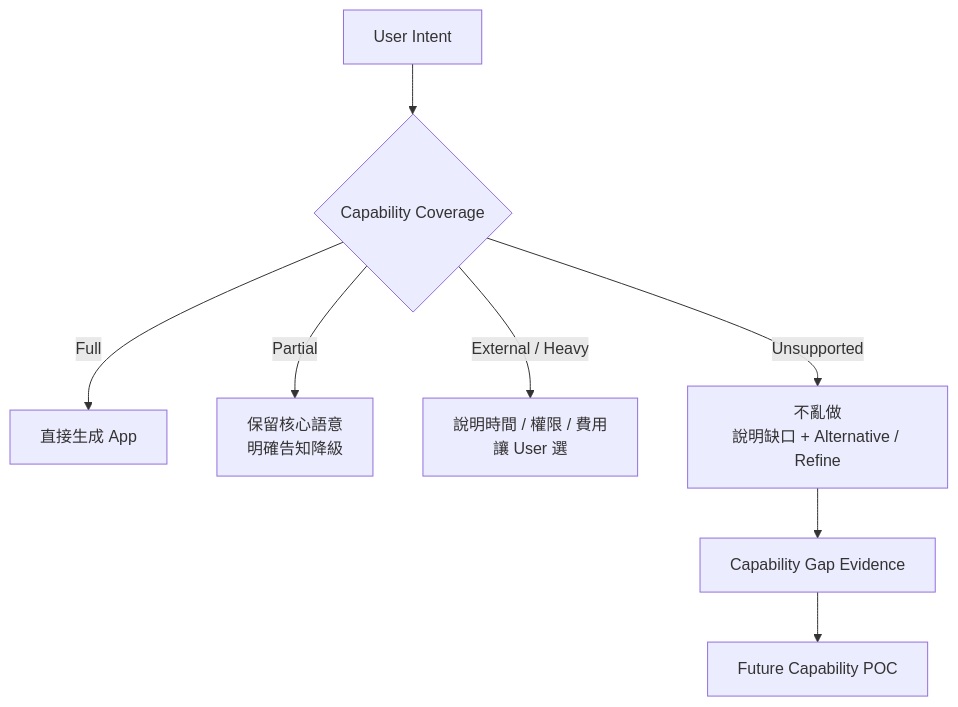
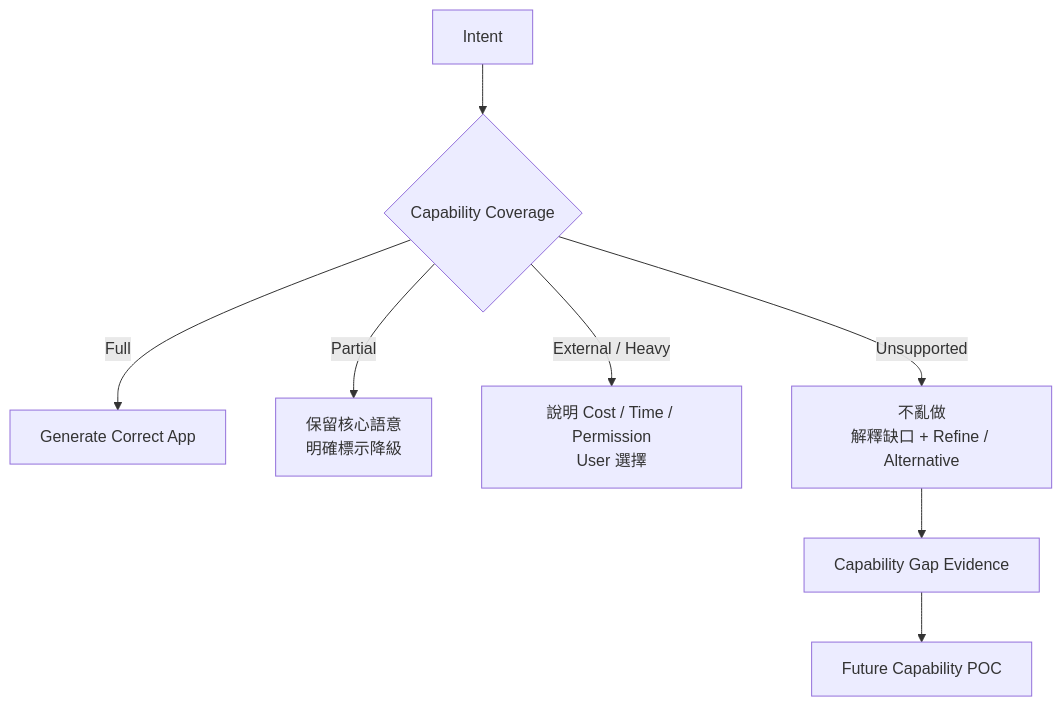
One commit to NFF98/NodeFF changed the fifth of 6 diagrams in working/APP-ARCHITECTURE.md. Above: the diagram before and after it, drawn with Mermaid. The commit also changed other lines of this file, not shown here.

Commit message:
docs: align app architecture to 1m 3m 6m evolution model

```diff
--- a/working/APP-ARCHITECTURE.md
+++ b/working/APP-ARCHITECTURE.md
@@ -239,12 +281,10 @@
 ~~~mermaid
 flowchart TD
-    I[User Intent] --> C{Capability Coverage}
-
-    C -->|Full| A[直接生成 App]
-    C -->|Partial| B["保留核心語意<br/>明確告知降級"]
-    C -->|External / Heavy| X["說明時間 / 權限 / 費用<br/>讓 User 選"]
-    C -->|Unsupported| U["不亂做<br/>說明缺口 + Alternative / Refine"]
-
+    I[Intent] --> C{Capability Coverage}
+    C -->|Full| F[Generate Correct App]
+    C -->|Partial| P["保留核心語意<br/>明確標示降級"]
+    C -->|External / Heavy| E["說明 Cost / Time / Permission<br/>User 選擇"]
+    C -->|Unsupported| U["不亂做<br/>解釋缺口 + Refine / Alternative"]
     U --> G[Capability Gap Evidence]
-    G --> P[Future Capability POC]
+    G --> N[Future Capability POC]
 ~~~
```
